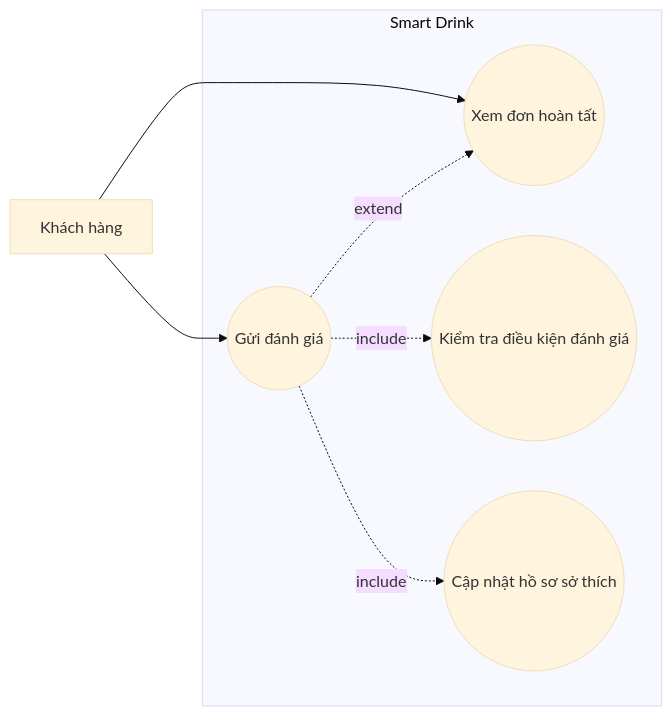
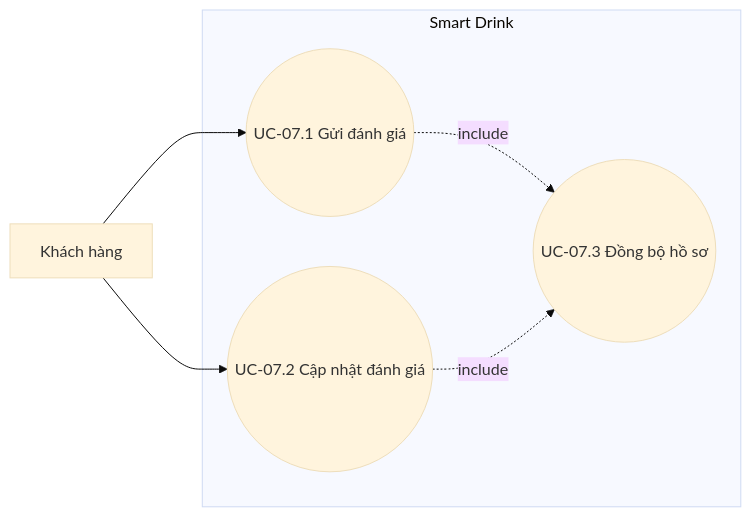
Before and after one commit to alisa12405/drink_app: the seventh of 10 diagrams in tai_lieu_phan_tich_thiet_ke_he_thong/03-dac-ta-ca-su-dung.md, drawn with Mermaid (base theme). The commit also changed other lines of this file and 4 other files, not shown here.

````diff
--- a/tai_lieu_phan_tich_thiet_ke_he_thong/03-dac-ta-ca-su-dung.md
+++ b/tai_lieu_phan_tich_thiet_ke_he_thong/03-dac-ta-ca-su-dung.md
@@ -222,15 +342,13 @@
 ```mermaid
 flowchart LR
     Customer[Khách hàng]
     subgraph SYS[Smart Drink]
-        ViewDone((Xem đơn hoàn tất))
-        Rate((Gửi đánh giá))
-        Check((Kiểm tra điều kiện đánh giá))
-        Sync((Cập nhật hồ sơ sở thích))
+        Create((UC-07.1 Gửi đánh giá))
+        Update((UC-07.2 Cập nhật đánh giá))
+        Sync((UC-07.3 Đồng bộ hồ sơ))
     end
-    Customer --> ViewDone
-    Customer --> Rate
-    Rate -. extend .-> ViewDone
-    Rate -. include .-> Check
-    Rate -. include .-> Sync
+    Customer --> Create
+    Customer --> Update
+    Create -. include .-> Sync
+    Update -. include .-> Sync
 ```
````
